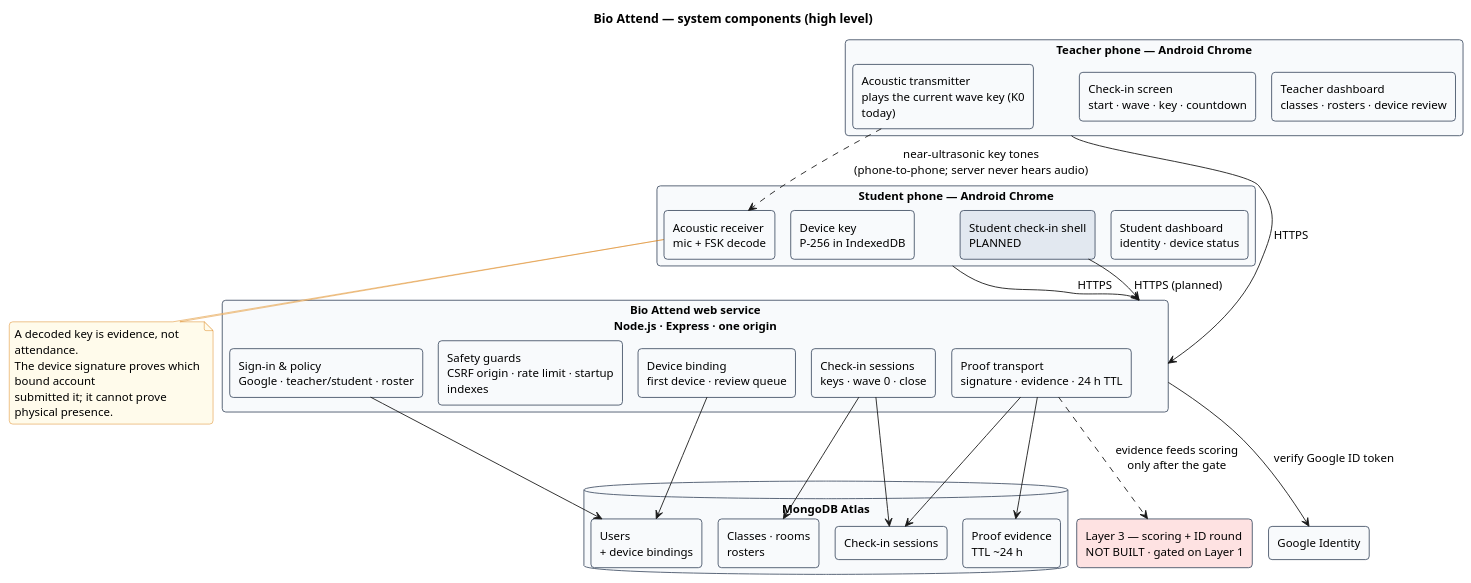
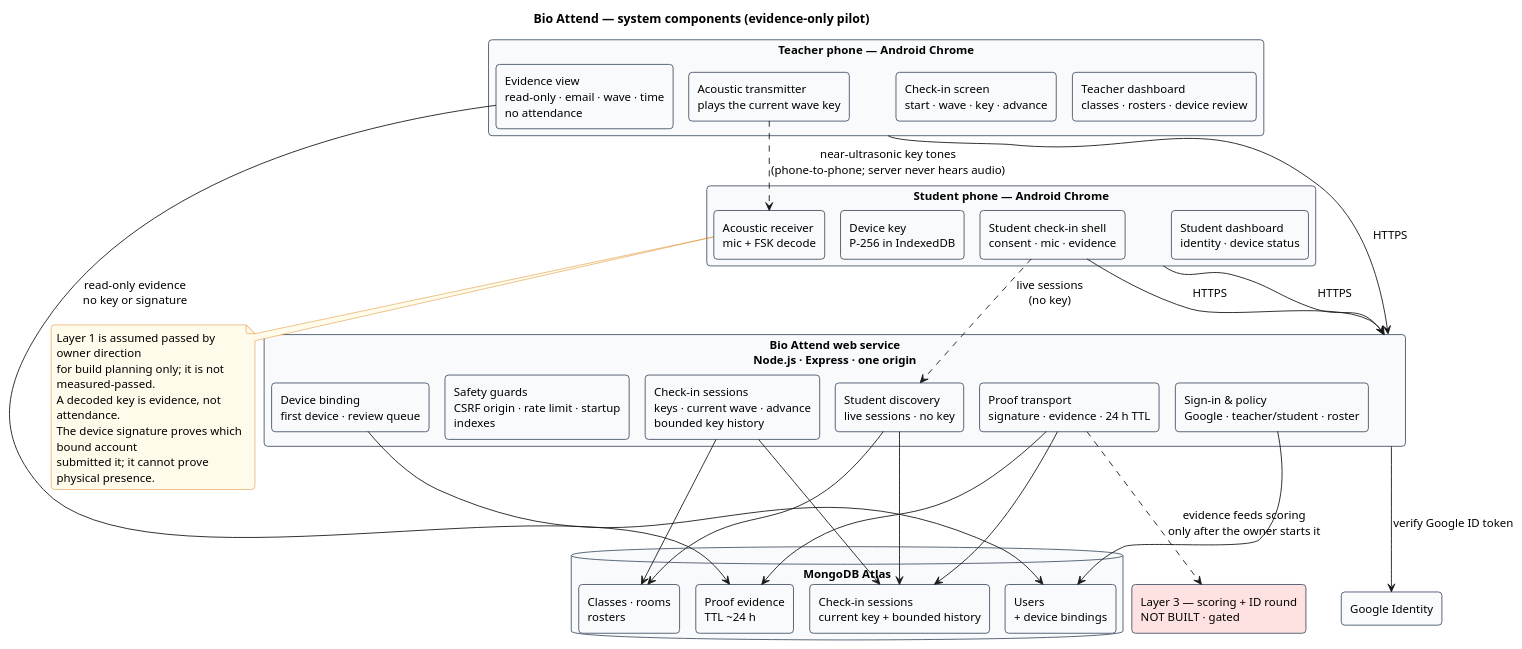
The diagram in docs/diagrams/system-components.puml (12SHIVANSH-SINGH/Capstone-7th-sem), drawn with PlantUML before and after one commit. The commit also changed 66 other files, not shown here.

```diff
--- a/docs/diagrams/system-components.puml
+++ b/docs/diagrams/system-components.puml
@@ -1,75 +1,83 @@
 @startuml
 !pragma layout smetana
-title Bio Attend — system components (high level)
+title Bio Attend — system components (evidence-only pilot)
 
 skinparam defaultFontName "Arial"
 skinparam defaultFontSize 13
 skinparam shadowing false
 skinparam roundCorner 8
 skinparam wrapWidth 220
 skinparam rectangle {
   BackgroundColor #F8FAFC
   BorderColor #475569
   BorderThickness 1
 }
 skinparam database {
   BackgroundColor #F8FAFC
   BorderColor #475569
 }
 skinparam note {
   BackgroundColor #FFFBEB
   BorderColor #D97706
 }
 hide stereotype
 
 rectangle "Teacher phone — Android Chrome" as TP {
   rectangle "Teacher dashboard\nclasses · rosters · device review" as TD
-  rectangle "Check-in screen\nstart · wave · key · countdown" as TC
-  rectangle "Acoustic transmitter\nplays the current wave key (K0 today)" as TX
+  rectangle "Check-in screen\nstart · wave · key · advance" as TC
+  rectangle "Evidence view\nread-only · email · wave · time\nno attendance" as TE
+  rectangle "Acoustic transmitter\nplays the current wave key" as TX
 }
 
 rectangle "Student phone — Android Chrome" as SP {
   rectangle "Student dashboard\nidentity · device status" as SD
-  rectangle "Student check-in shell\nPLANNED" as SHELL #E2E8F0
+  rectangle "Student check-in shell\nconsent · mic · evidence" as SHELL
   rectangle "Acoustic receiver\nmic + FSK decode" as RX
   rectangle "Device key\nP-256 in IndexedDB" as DK
 }
 
 rectangle "Bio Attend web service\nNode.js · Express · one origin" as SRV {
   rectangle "Sign-in & policy\nGoogle · teacher/student · roster" as AUTH
   rectangle "Device binding\nfirst device · review queue" as BIND
-  rectangle "Check-in sessions\nkeys · wave 0 · close" as SESS
+  rectangle "Check-in sessions\nkeys · current wave · advance\nbounded key history" as SESS
+  rectangle "Student discovery\nlive sessions · no key" as DISC
   rectangle "Proof transport\nsignature · evidence · 24 h TTL" as PROOF
   rectangle "Safety guards\nCSRF origin · rate limit · startup indexes" as GUARD
 }
 
 database "MongoDB Atlas" as DB {
   rectangle "Users\n+ device bindings" as U
   rectangle "Classes · rooms\nrosters" as C
-  rectangle "Check-in sessions" as S
+  rectangle "Check-in sessions\ncurrent key + bounded history" as S
   rectangle "Proof evidence\nTTL ~24 h" as P
 }
 
 rectangle "Google Identity" as G
-rectangle "Layer 3 — scoring + ID round\nNOT BUILT · gated on Layer 1" as L3 #FEE2E2
+rectangle "Layer 3 — scoring + ID round\nNOT BUILT · gated" as L3 #FEE2E2
 
 TP --> SRV : HTTPS
 SP --> SRV : HTTPS
-SHELL --> SRV : HTTPS (planned)
+SHELL --> SRV : HTTPS
+SHELL ..> DISC : live sessions\n(no key)
 TX ..> RX : near-ultrasonic key tones\n(phone-to-phone; server never hears audio)
 SRV --> G : verify Google ID token
 AUTH --> U
 BIND --> U
 SESS --> C
 SESS --> S
+TE --> P : read-only evidence\nno key or signature
+DISC --> C
+DISC --> S
 PROOF --> S
 PROOF --> P
-PROOF ..> L3 : evidence feeds scoring\nonly after the gate
+PROOF ..> L3 : evidence feeds scoring\nonly after the owner starts it
 
 note bottom of RX
+  Layer 1 is assumed passed by owner direction
+  for build planning only; it is not measured-passed.
   A decoded key is evidence, not attendance.
   The device signature proves which bound account
   submitted it; it cannot prove physical presence.
 end note
 
 @enduml
```
